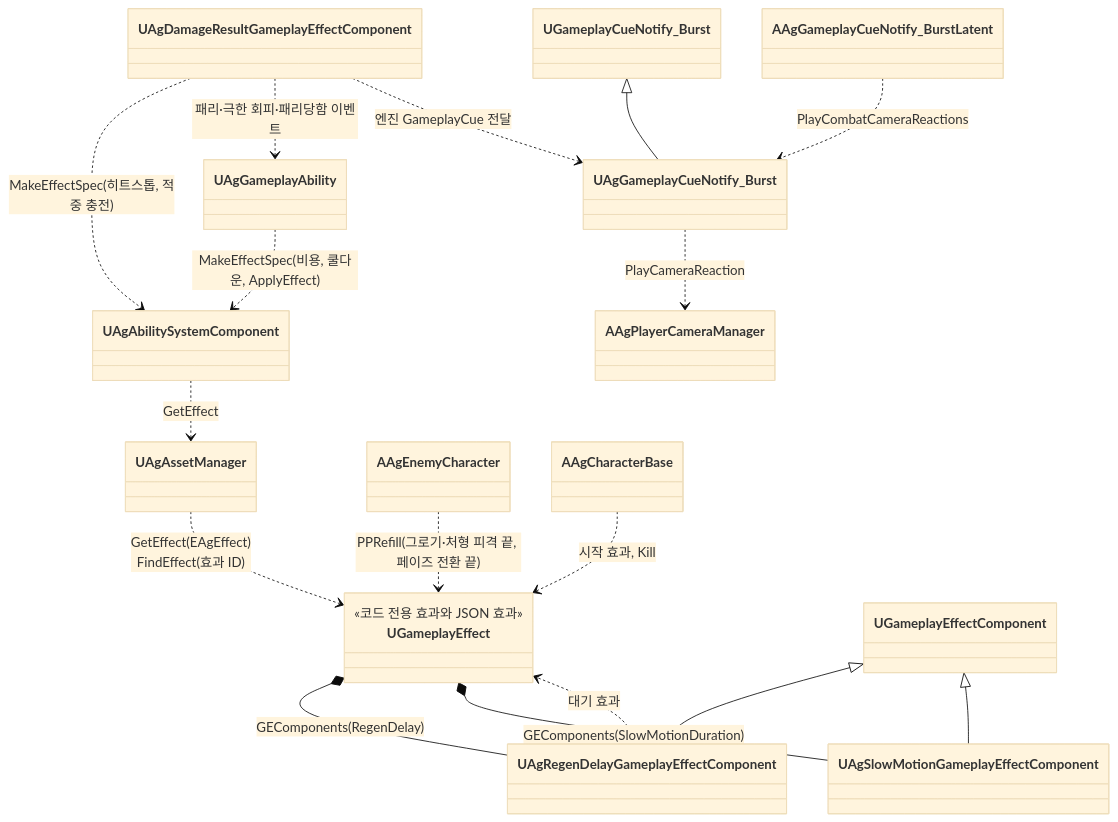
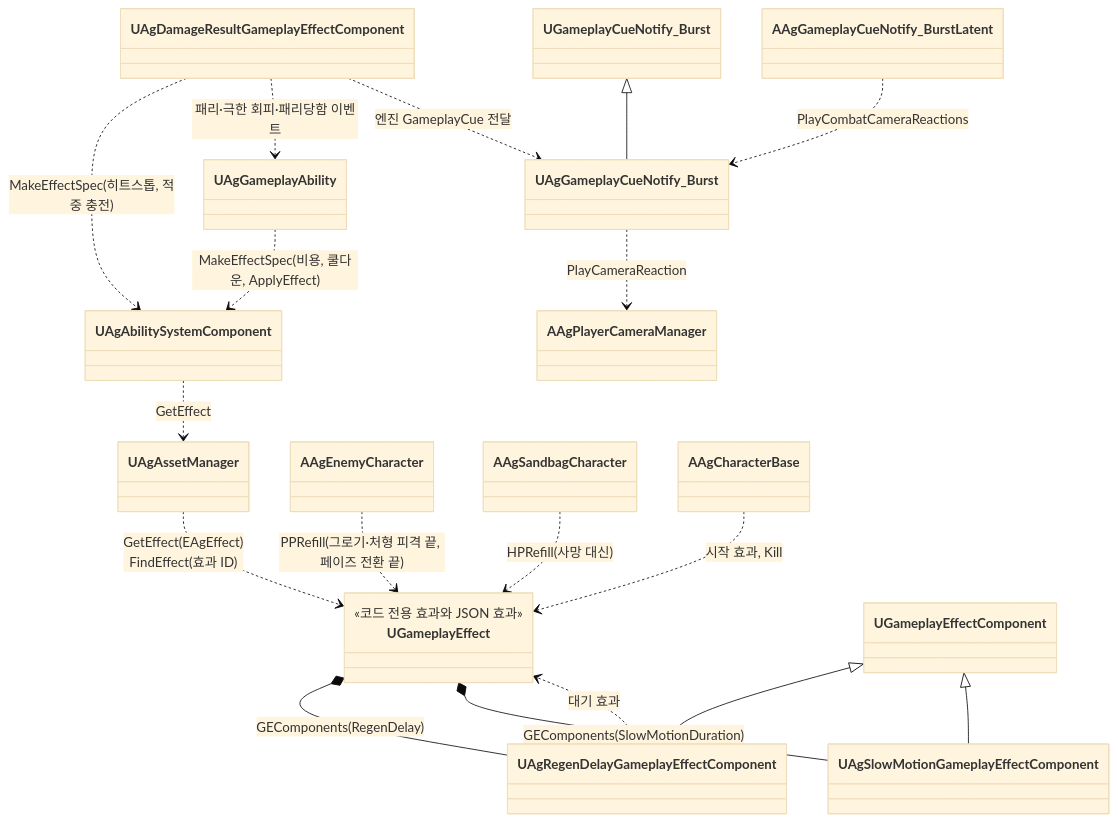
The fifth of 5 diagrams in Docs/Architecture/캐릭터 기반 구조와 GAS.md (Woogl/Ag), drawn with Mermaid (base theme) before and after one commit. The commit also changed other lines of this file and 14 other files, not shown here.

````diff
--- a/Docs/Architecture/캐릭터 기반 구조와 GAS.md
+++ b/Docs/Architecture/캐릭터 기반 구조와 GAS.md
@@ -217,23 +222,24 @@
 ```mermaid
 classDiagram
     direction TB
     class UGameplayEffect {
         <<코드 전용 효과와 JSON 효과>>
     }
     UAgAssetManager ..> UGameplayEffect : GetEffect(EAgEffect)<br>FindEffect(효과 ID)
     UGameplayEffectComponent <|-- UAgRegenDelayGameplayEffectComponent
     UGameplayEffect *-- UAgRegenDelayGameplayEffectComponent : GEComponents(RegenDelay)
     UAgRegenDelayGameplayEffectComponent ..> UGameplayEffect : 대기 효과
     UGameplayEffectComponent <|-- UAgSlowMotionGameplayEffectComponent
     UGameplayEffect *-- UAgSlowMotionGameplayEffectComponent : GEComponents(SlowMotionDuration)
     UAgAbilitySystemComponent ..> UAgAssetManager : GetEffect
     UAgGameplayAbility ..> UAgAbilitySystemComponent : MakeEffectSpec(비용, 쿨다운, ApplyEffect)
     UAgDamageResultGameplayEffectComponent ..> UAgAbilitySystemComponent : MakeEffectSpec(히트스톱, 적중 충전)
     UAgDamageResultGameplayEffectComponent ..> UAgGameplayAbility : 패리·극한 회피·패리당함 이벤트
     UGameplayCueNotify_Burst <|-- UAgGameplayCueNotify_Burst
     UAgDamageResultGameplayEffectComponent ..> UAgGameplayCueNotify_Burst : 엔진 GameplayCue 전달
     AAgGameplayCueNotify_BurstLatent ..> UAgGameplayCueNotify_Burst : PlayCombatCameraReactions
     UAgGameplayCueNotify_Burst ..> AAgPlayerCameraManager : PlayCameraReaction
     AAgEnemyCharacter ..> UGameplayEffect : PPRefill(그로기·처형 피격 끝, 페이즈 전환 끝)
+    AAgSandbagCharacter ..> UGameplayEffect : HPRefill(사망 대신)
     AAgCharacterBase ..> UGameplayEffect : 시작 효과, Kill
 ```
````
